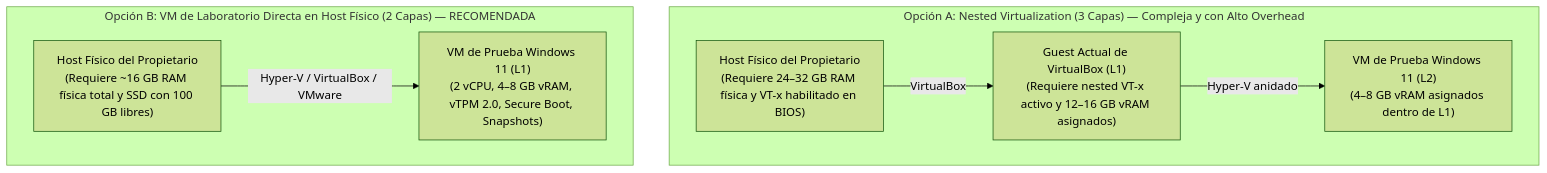
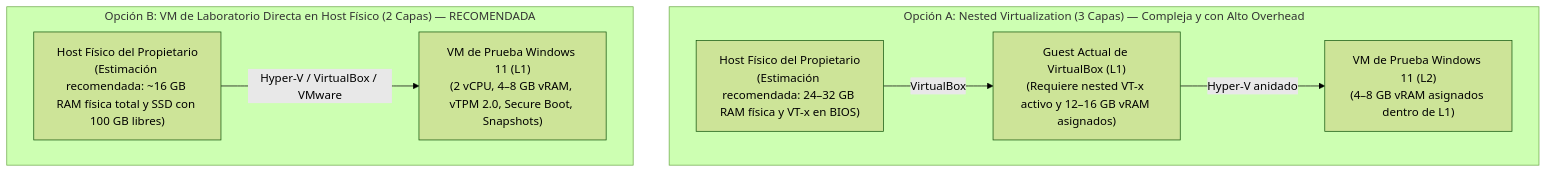
The diagram in docs/reports/INFORME-FASE-8B1A7_2-READINESS-REBASELINE.md (cristianbarreiro/PrivGuard), drawn with Mermaid (forest theme) before and after one commit. The commit also changed other lines of this file and 2 other files, not shown here.

````diff
--- a/docs/reports/INFORME-FASE-8B1A7_2-READINESS-REBASELINE.md
+++ b/docs/reports/INFORME-FASE-8B1A7_2-READINESS-REBASELINE.md
@@ -151,16 +178,16 @@
 ```mermaid
 flowchart TD
     subgraph TopologiaA ["Opción A: Nested Virtualization (3 Capas) — Compleja y con Alto Overhead"]
-        L0_A["Host Físico del Propietario<br/>(Requiere 24–32 GB RAM física y VT-x habilitado en BIOS)"]
+        L0_A["Host Físico del Propietario<br/>(Estimación recomendada: 24–32 GB RAM física y VT-x en BIOS)"]
         L1_A["Guest Actual de VirtualBox (L1)<br/>(Requiere nested VT-x activo y 12–16 GB vRAM asignados)"]
         L2_A["VM de Prueba Windows 11 (L2)<br/>(4–8 GB vRAM asignados dentro de L1)"]
         L0_A -->|VirtualBox| L1_A
         L1_A -->|Hyper-V anidado| L2_A
     end
 
     subgraph TopologiaB ["Opción B: VM de Laboratorio Directa en Host Físico (2 Capas) — RECOMENDADA"]
-        L0_B["Host Físico del Propietario<br/>(Requiere ~16 GB RAM física total y SSD con 100 GB libres)"]
+        L0_B["Host Físico del Propietario<br/>(Estimación recomendada: ~16 GB RAM física total y SSD con 100 GB libres)"]
         L1_B["VM de Prueba Windows 11 (L1)<br/>(2 vCPU, 4–8 GB vRAM, vTPM 2.0, Secure Boot, Snapshots)"]
         L0_B -->|Hyper-V / VirtualBox / VMware| L1_B
     end
 ```
````
